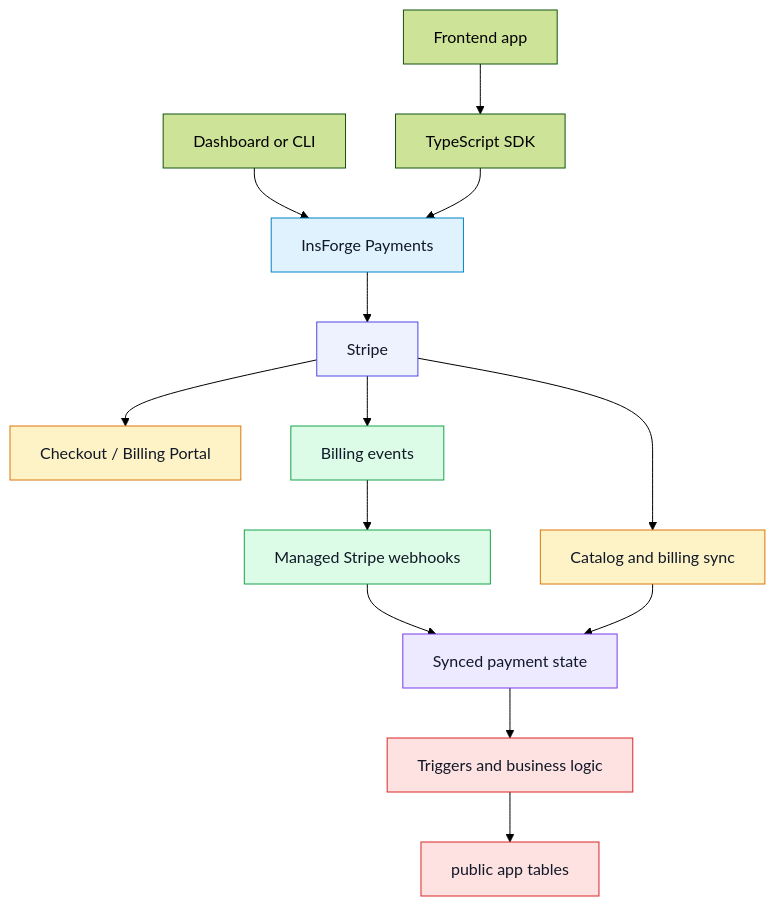
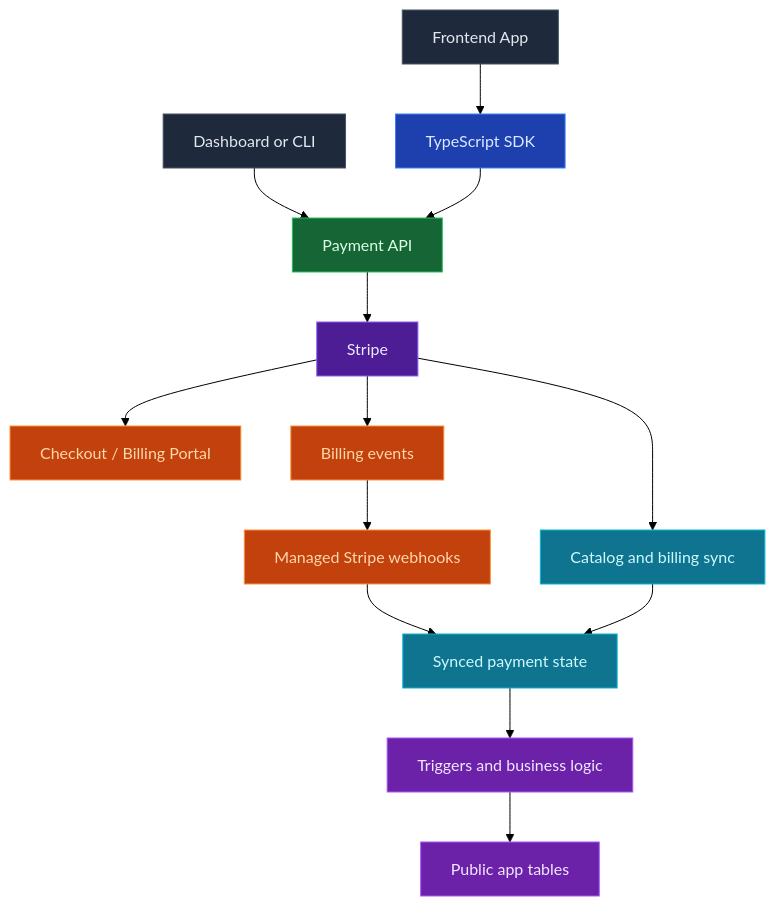
One commit to InsForge/InsForge changed the diagram in docs/core-concepts/payments/overview.mdx. Above: the diagram before and after it, drawn with Mermaid (forest theme). The commit also changed other lines of this file, not shown here.

Commit message:
docs: polish payments overview

````diff
--- a/docs/core-concepts/payments/overview.mdx
+++ b/docs/core-concepts/payments/overview.mdx
@@ -21,26 +21,29 @@
 ```mermaid
 flowchart TB
-    Admin["Dashboard or CLI"] --> Payments["InsForge Payments"]
-    App["Frontend app"] --> SDK["TypeScript SDK"]
-    SDK --> Payments
+    Admin["Dashboard or CLI"] --> PaymentAPI["Payment API"]
+    App["Frontend App"] --> SDK["TypeScript SDK"]
+    SDK --> PaymentAPI
 
-    Payments --> Stripe["Stripe"]
+    PaymentAPI --> Stripe["Stripe"]
     Stripe --> Hosted["Checkout / Billing Portal"]
     Stripe --> Sync["Catalog and billing sync"]
     Stripe --> Events["Billing events"]
     Events --> Webhooks["Managed Stripe webhooks"]
     Webhooks --> State["Synced payment state"]
     Sync --> State
     State --> Logic["Triggers and business logic"]
-    Logic --> Tables["public app tables"]
+    Logic --> Tables["Public app tables"]
 
-    style Payments fill:#e0f2fe,stroke:#0284c7,color:#111827
-    style Stripe fill:#eef2ff,stroke:#4f46e5,color:#111827
-    style Hosted fill:#fef3c7,stroke:#d97706,color:#111827
-    style Sync fill:#fef3c7,stroke:#d97706,color:#111827
-    style Events fill:#dcfce7,stroke:#16a34a,color:#111827
-    style Webhooks fill:#dcfce7,stroke:#16a34a,color:#111827
-    style State fill:#ede9fe,stroke:#7c3aed,color:#111827
-    style Logic fill:#fee2e2,stroke:#dc2626,color:#111827
-    style Tables fill:#fee2e2,stroke:#dc2626,color:#111827
+    style Admin fill:#1e293b,stroke:#475569,color:#e2e8f0
+    style App fill:#1e293b,stroke:#475569,color:#e2e8f0
+    style SDK fill:#1e40af,stroke:#3b82f6,color:#dbeafe
+    style PaymentAPI fill:#166534,stroke:#22c55e,color:#dcfce7
+    style Stripe fill:#4c1d95,stroke:#8b5cf6,color:#ede9fe
+    style Hosted fill:#c2410c,stroke:#fb923c,color:#fed7aa
+    style Sync fill:#0e7490,stroke:#06b6d4,color:#cffafe
+    style Events fill:#c2410c,stroke:#fb923c,color:#fed7aa
+    style Webhooks fill:#c2410c,stroke:#fb923c,color:#fed7aa
+    style State fill:#0e7490,stroke:#06b6d4,color:#cffafe
+    style Logic fill:#6b21a8,stroke:#a855f7,color:#f3e8ff
+    style Tables fill:#6b21a8,stroke:#a855f7,color:#f3e8ff
 ```
````
